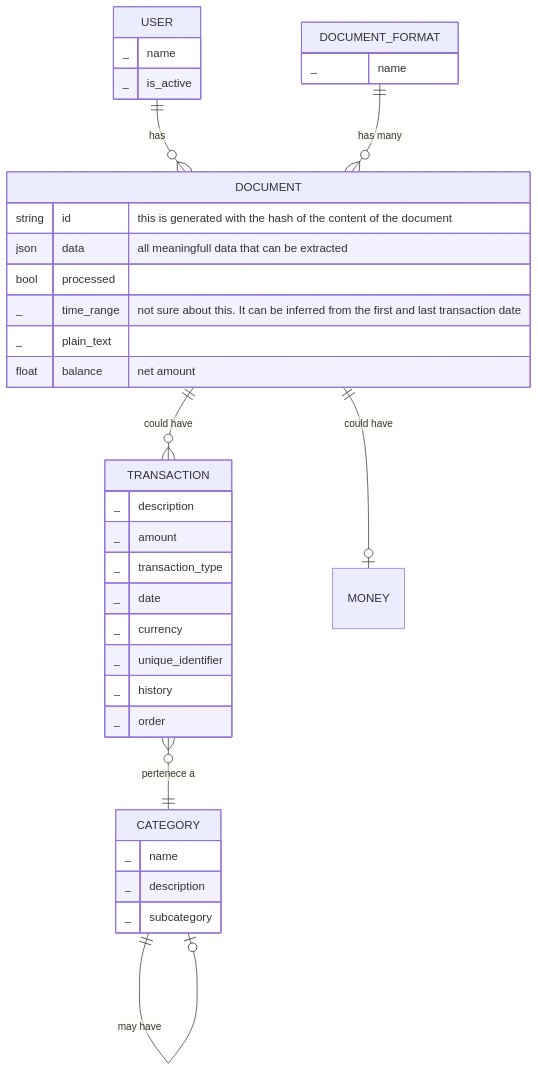
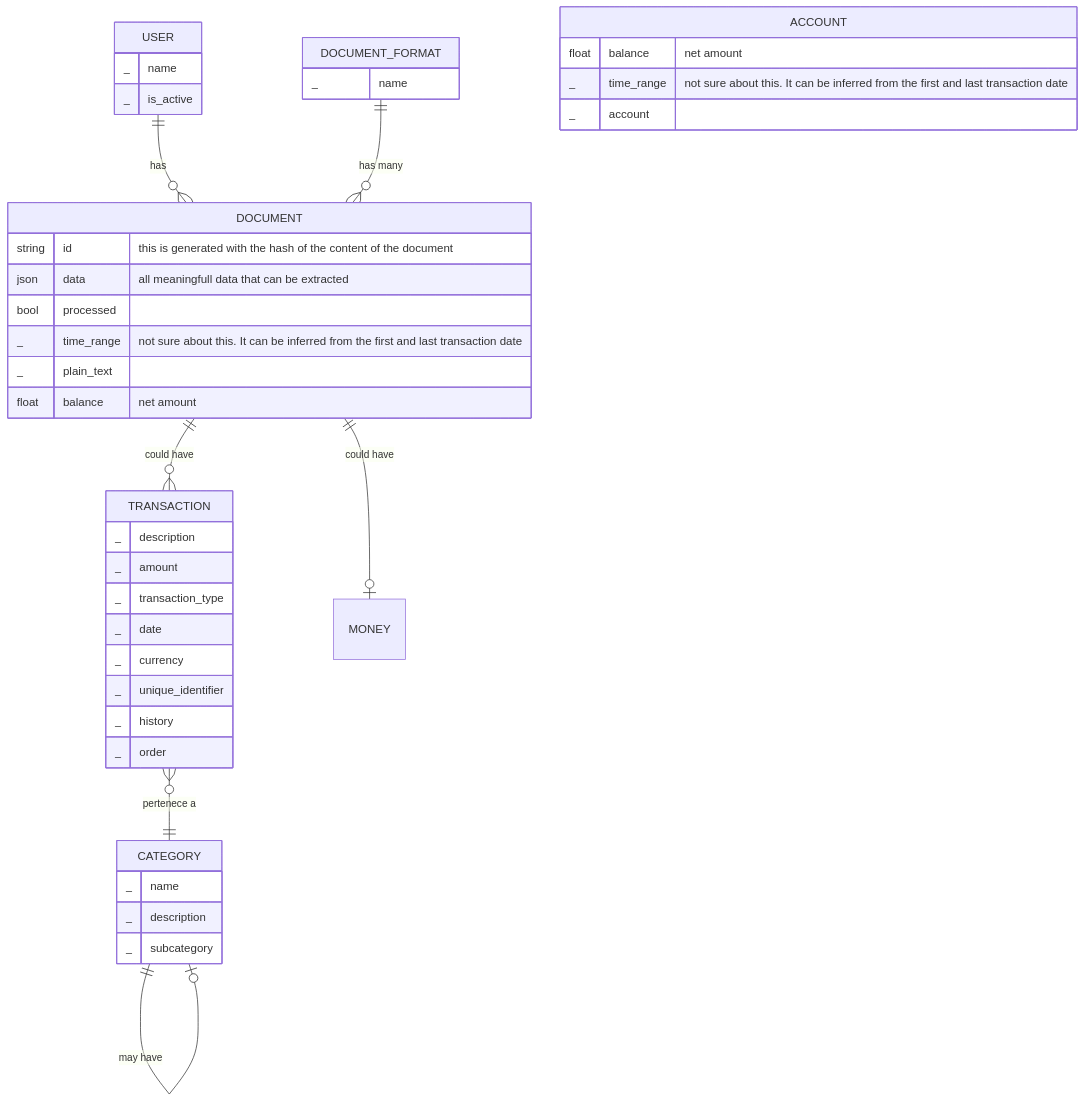
One commit to josueelias9/improving-BCP-organizate changed the diagram in new-service/app/README.md. Above: the diagram before and after it, drawn with Mermaid. The commit also changed other lines of this file and 14 other files, not shown here.

````diff
--- a/new-service/app/README.md
+++ b/new-service/app/README.md
@@ -16,49 +22,55 @@
 ```mermaid
 erDiagram
 
 
     USER {
         _ name
         _ is_active
     }
 
     TRANSACTION {
         _ description
         _ amount
         _ transaction_type
         _ date
         _ currency
         _ unique_identifier 
         _ history
         _ order
     }
 
     CATEGORY {
         _ name
         _ description
         _ subcategory
     }
 
     DOCUMENT_FORMAT {
         _ name
     }
 
 
+    ACCOUNT {        
+        float balance "net amount"
+        _ time_range "not sure about this. It can be inferred from the first and last transaction date"
+        _ account
+    }
+
     DOCUMENT {
         string id "this is generated with the hash of the content of the document"
         json data "all meaningfull data that can be extracted"
         bool processed
         _ time_range "not sure about this. It can be inferred from the first and last transaction date"
         _ plain_text
         float balance "net amount"
     }
 
     %% Relaciones
     USER ||--o{ DOCUMENT : "has"
     DOCUMENT ||--o{ TRANSACTION : "could have"
     TRANSACTION }o--|| CATEGORY : "pertenece a"
     CATEGORY ||--o| CATEGORY : "may have"
     DOCUMENT_FORMAT ||--o{ DOCUMENT : "has many"
     DOCUMENT ||--o| MONEY : "could have"
     
 ```
````
